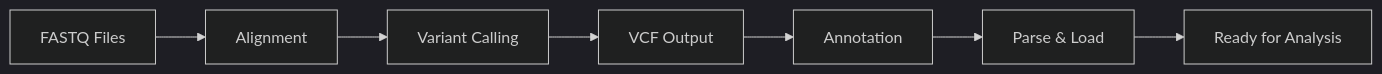
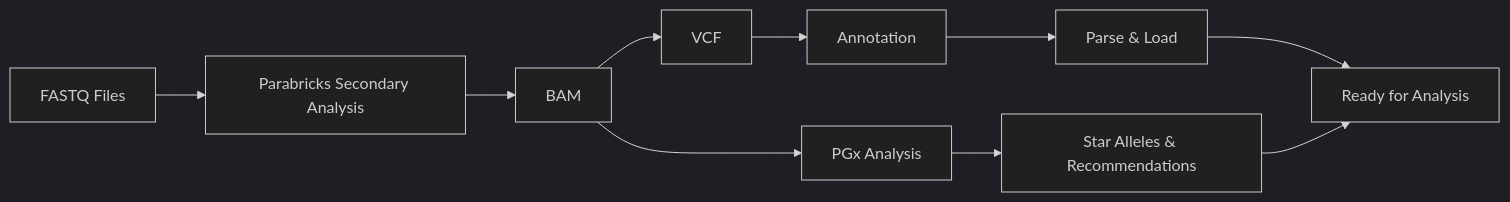
Before and after one commit to MHSPL/aiva-docs: the diagram in docs/samples/secondary-analysis.md, drawn with Mermaid (dark theme). The commit also changed other lines of this file and 4 other files, not shown here.

First line of the commit message:
Add Pharmacogenomics analysis documentation with star allele assignment and CPIC drug recommendations for 88 pharmacogenes

````diff
--- a/docs/samples/secondary-analysis.md
+++ b/docs/samples/secondary-analysis.md
@@ -80,9 +33,12 @@
 ```mermaid
 graph LR
-    A[FASTQ Files] --> B[Alignment]
-    B --> C[Variant Calling]
-    C --> D[VCF Output]
-    D --> E[Annotation]
-    E --> G[Parse & Load]
+    A[FASTQ Files] --> B[Parabricks Secondary Analysis]
+    B --> C[BAM]
+    C --> D[VCF]
+    C --> E[PGx Analysis]
+    D --> F[Annotation]
+    F --> G[Parse & Load]
     G --> H[Ready for Analysis]
+    E --> I[Star Alleles & Recommendations]
+    I --> H
 ```
````
